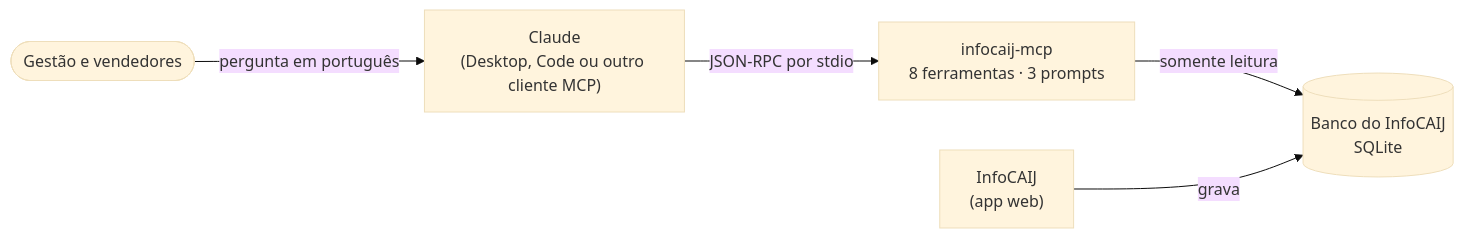
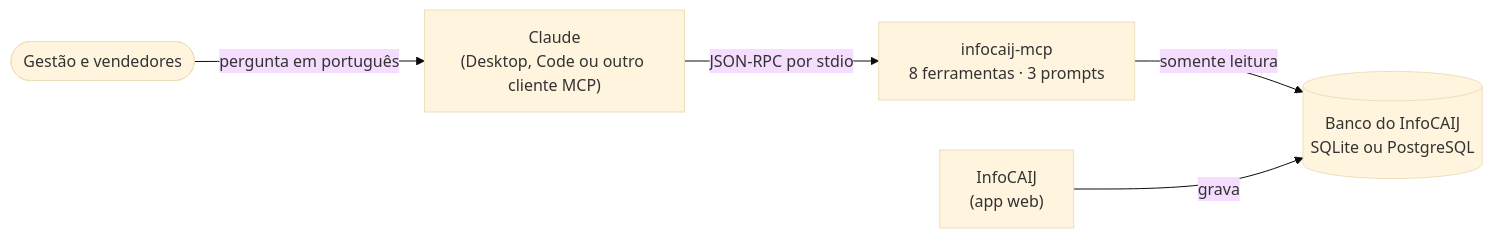
One commit to VitorTosti/infocaij-mcp changed the diagram in README.md. Above: the diagram before and after it, drawn with Mermaid (base theme). The commit also changed other lines of this file and 16 other files, not shown here.

First line of the commit message:
feat: saída estruturada, horas úteis, adaptador PostgreSQL e robustez

````diff
--- a/README.md
+++ b/README.md
@@ -44,7 +52,7 @@
 ```mermaid
 flowchart LR
     U(["Gestão e vendedores"]) -- "pergunta em português" --> C["Claude<br/>(Desktop, Code ou outro cliente MCP)"]
     C -- "JSON-RPC por stdio" --> S["infocaij-mcp<br/>8 ferramentas · 3 prompts"]
-    S -- "somente leitura" --> DB[("Banco do InfoCAIJ<br/>SQLite")]
+    S -- "somente leitura" --> DB[("Banco do InfoCAIJ<br/>SQLite ou PostgreSQL")]
     APP["InfoCAIJ<br/>(app web)"] -- "grava" --> DB
 ```
````
